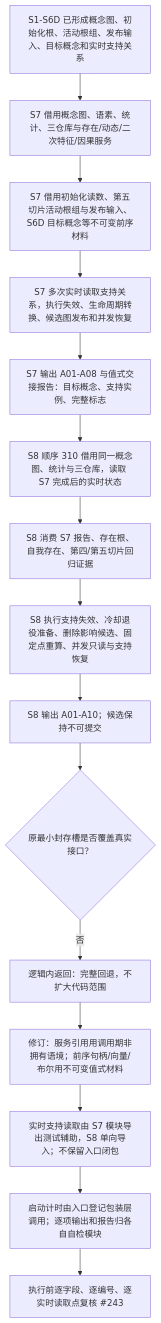
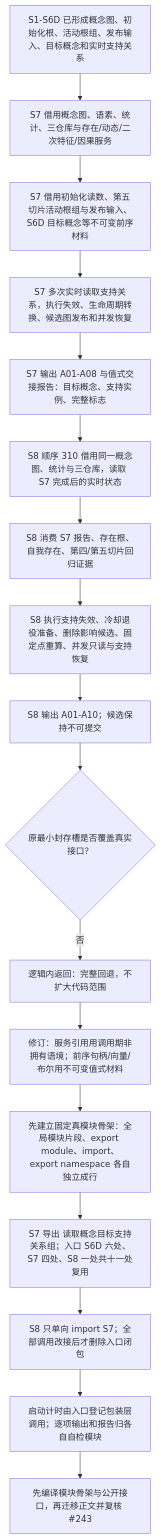
The diagram in 流程图/20260712_SELFTEST-MIGRATION-B1B_概念生命周期删除候选调用语境现状流程图_v0.1.md (chunhaizh-cyber/HY-Ego), drawn with Mermaid before and after one commit. The commit also changed other lines of this file and 17 other files, not shown here.

````diff
--- a/流程图/20260712_SELFTEST-MIGRATION-B1B_概念生命周期删除候选调用语境现状流程图_v0.1.md
+++ b/流程图/20260712_SELFTEST-MIGRATION-B1B_概念生命周期删除候选调用语境现状流程图_v0.1.md
@@ -8,17 +8,19 @@
 ```mermaid
 flowchart TD
     A["S1-S6D 已形成概念图、初始化根、活动根组、发布输入、目标概念和实时支持关系"] --> B["S7 借用概念图、语素、统计、三仓库与存在/动态/二次特征/因果服务"]
     B --> C["S7 借用初始化读数、第五切片活动根组与发布输入、S6D 目标概念等不可变前序材料"]
     C --> D["S7 多次实时读取支持关系，执行失效、生命周期转换、候选图发布和并发恢复"]
     D --> E["S7 输出 A01-A08 与值式交接报告：目标概念、支持实例、完整标志"]
     E --> F["S8 顺序 310 借用同一概念图、统计与三仓库，读取 S7 完成后的实时状态"]
     F --> G["S8 消费 S7 报告、存在根、自我存在、第四/第五切片回归证据"]
     G --> H["S8 执行支持失效、冷却退役准备、删除影响候选、固定点重算、并发只读与支持恢复"]
     H --> I["S8 输出 A01-A10；候选保持不可提交"]
     I --> J{"原最小封存槽是否覆盖真实接口？"}
     J -- "否" --> K["逻辑内返回：完整回退，不扩大代码范围"]
     K --> L["修订：服务引用用调用期非拥有语境；前序句柄/向量/布尔用不可变值式材料"]
-    L --> M["实时支持读取由 S7 模块导出测试辅助，S8 单向导入；不保留入口闭包"]
-    M --> N["启动计时由入口登记包装层调用；逐项输出和报告归各自自检模块"]
-    N --> O["执行前逐字段、逐编号、逐实时读取点复核 #243"]
+    L --> M["先建立固定真模块骨架：全局模块片段、export module、import、export namespace 各自独立成行"]
+    M --> M1["S7 导出 读取概念目标支持关系组；入口 S6D 六处、S7 四处、S8 一处共十一处复用"]
+    M1 --> M2["S8 只单向 import S7；全部调用改接后才删除入口闭包"]
+    M2 --> N["启动计时由入口登记包装层调用；逐项输出和报告归各自自检模块"]
+    N --> O["先编译模块骨架与公开接口，再迁移正文并复核 #243"]
 ```
````
